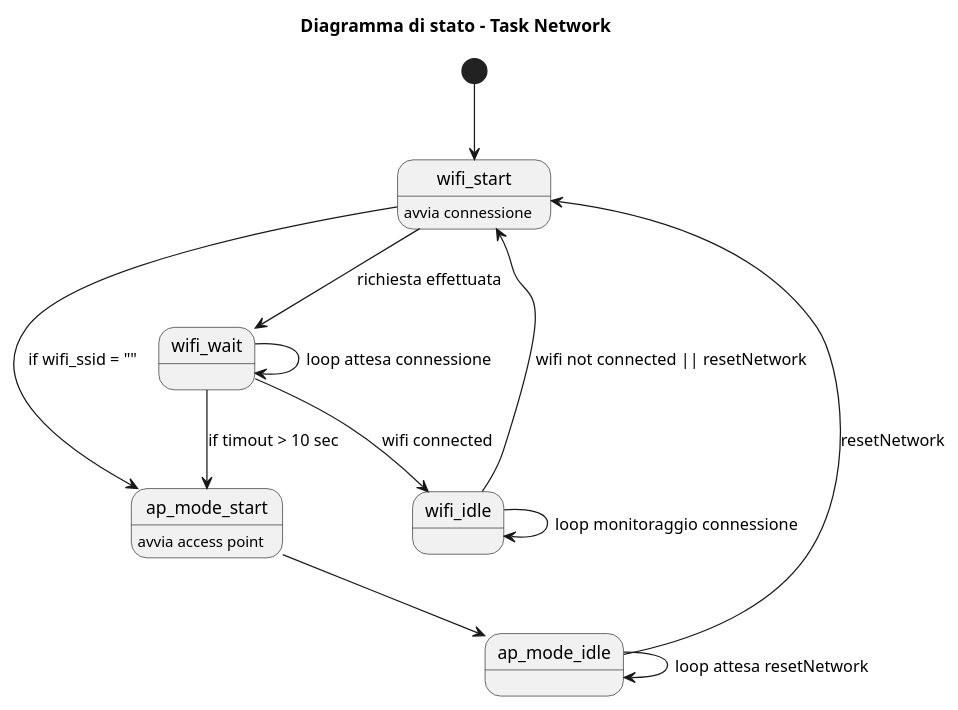
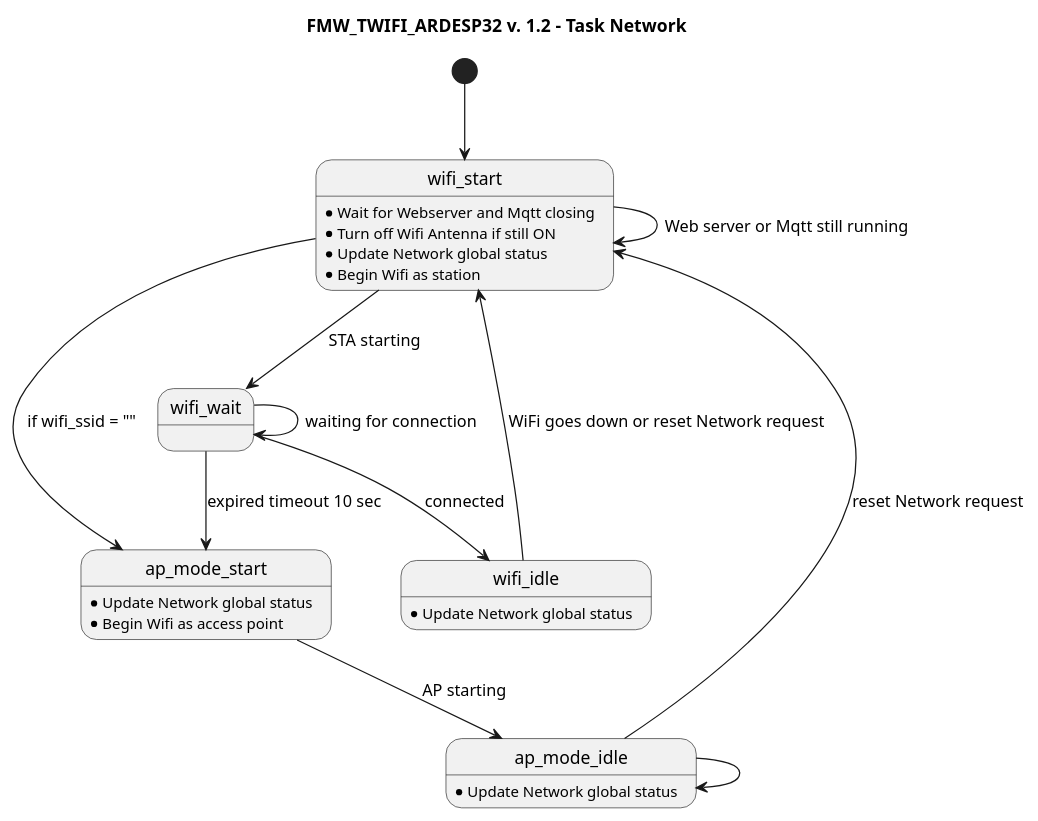
Before and after one commit to spedone/firmware_termometro_wifi: the diagram in uml/TaskNetwork.puml, drawn with PlantUML. The commit also changed 3 other files, not shown here.

Commit message:
Aggiorna diagrammi UML

```diff
--- a/uml/TaskNetwork.puml
+++ b/uml/TaskNetwork.puml
@@ -1,29 +1,35 @@
 @startuml
-title Diagramma di stato - Task Network
+title FMW_TWIFI_ARDESP32 v. 1.2 - Task Network
+
 [*] --> wifi_start
 
-state wifi_start {
-   wifi_start: avvia connessione
-}
+state wifi_start 
+wifi_start : * Wait for Webserver and Mqtt closing  
+wifi_start : * Turn off Wifi Antenna if still ON
+wifi_start : * Update Network global status 
+wifi_start : * Begin Wifi as station 
+wifi_start --> wifi_start : Web server or Mqtt still running
+wifi_start --> ap_mode_start : if wifi_ssid = ""
+wifi_start --> wifi_wait : STA starting
 
 state wifi_wait
+wifi_wait --> wifi_wait : waiting for connection
+wifi_wait --> wifi_idle : connected 
+wifi_wait --> ap_mode_start : expired timeout 10 sec
+
 state wifi_idle
+wifi_idle : * Update Network global status
+wifi_idle --> wifi_start : WiFi goes down or reset Network request
 
-state ap_mode_start {
-   ap_mode_start: avvia access point
-}
+
+state ap_mode_start 
+ap_mode_start : * Update Network global status
+ap_mode_start : * Begin Wifi as access point 
+ap_mode_start --> ap_mode_idle : AP starting
 
 state ap_mode_idle
-
-wifi_start --> ap_mode_start : if wifi_ssid = ""
-wifi_start --> wifi_wait : richiesta effettuata
-wifi_wait --> wifi_wait : loop attesa connessione
-wifi_wait --> wifi_idle : wifi connected 
-wifi_wait --> ap_mode_start : if timout > 10 sec
-wifi_idle --> wifi_start : wifi not connected || resetNetwork
-wifi_idle --> wifi_idle : loop monitoraggio connessione
-ap_mode_start --> ap_mode_idle
-ap_mode_idle --> wifi_start : resetNetwork
-ap_mode_idle --> ap_mode_idle : loop attesa resetNetwork 
+ap_mode_idle : * Update Network global status
+ap_mode_idle --> wifi_start : reset Network request
+ap_mode_idle --> ap_mode_idle 
 
 @enduml
```
